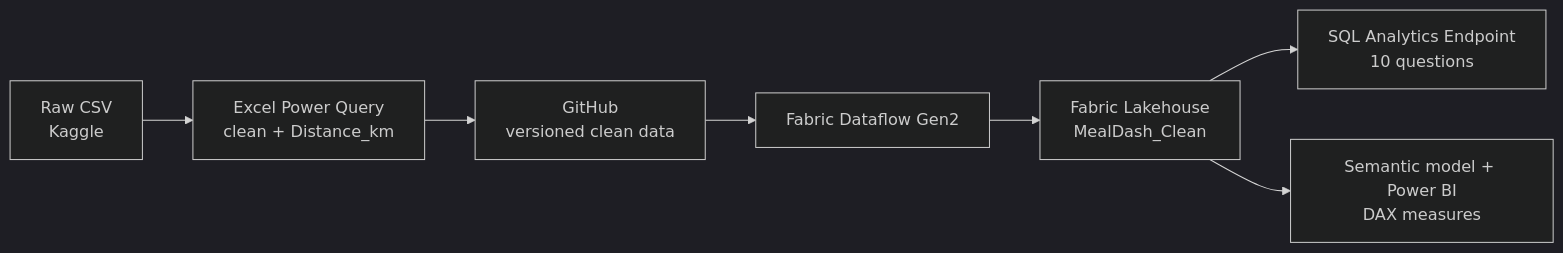
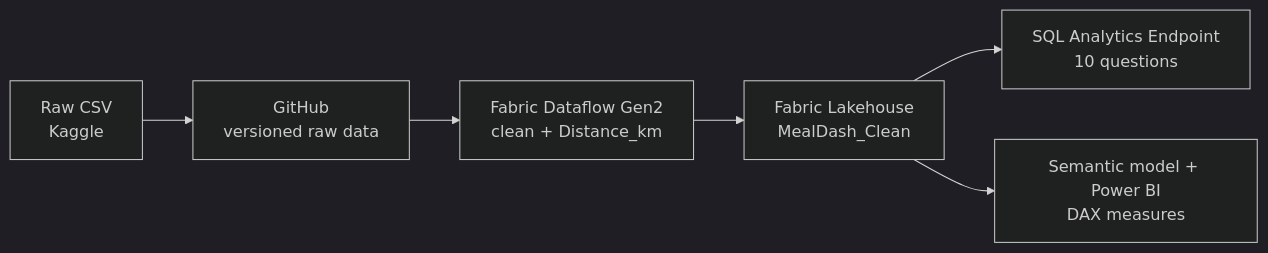
One commit to seema-kri/MealDash changed the diagram in README.md. Above: the diagram before and after it, drawn with Mermaid (dark theme). The commit also changed other lines of this file, not shown here.

````diff
--- a/README.md
+++ b/README.md
@@ -61,9 +62,8 @@
 ```mermaid
 flowchart LR
-    A[Raw CSV<br/>Kaggle] --> B[Excel Power Query<br/>clean + Distance_km]
-    B --> C[GitHub<br/>versioned clean data]
-    C --> D[Fabric Dataflow Gen2]
-    D --> E[Fabric Lakehouse<br/>MealDash_Clean]
-    E --> F[SQL Analytics Endpoint<br/>10 questions]
-    E --> G[Semantic model + Power BI<br/>DAX measures]
+    A[Raw CSV<br/>Kaggle] --> B[GitHub<br/>versioned raw data]
+    B --> C[Fabric Dataflow Gen2<br/>clean + Distance_km]
+    C --> D[Fabric Lakehouse<br/>MealDash_Clean]
+    D --> E[SQL Analytics Endpoint<br/>10 questions]
+    D --> F[Semantic model + Power BI<br/>DAX measures]
 ```
````
